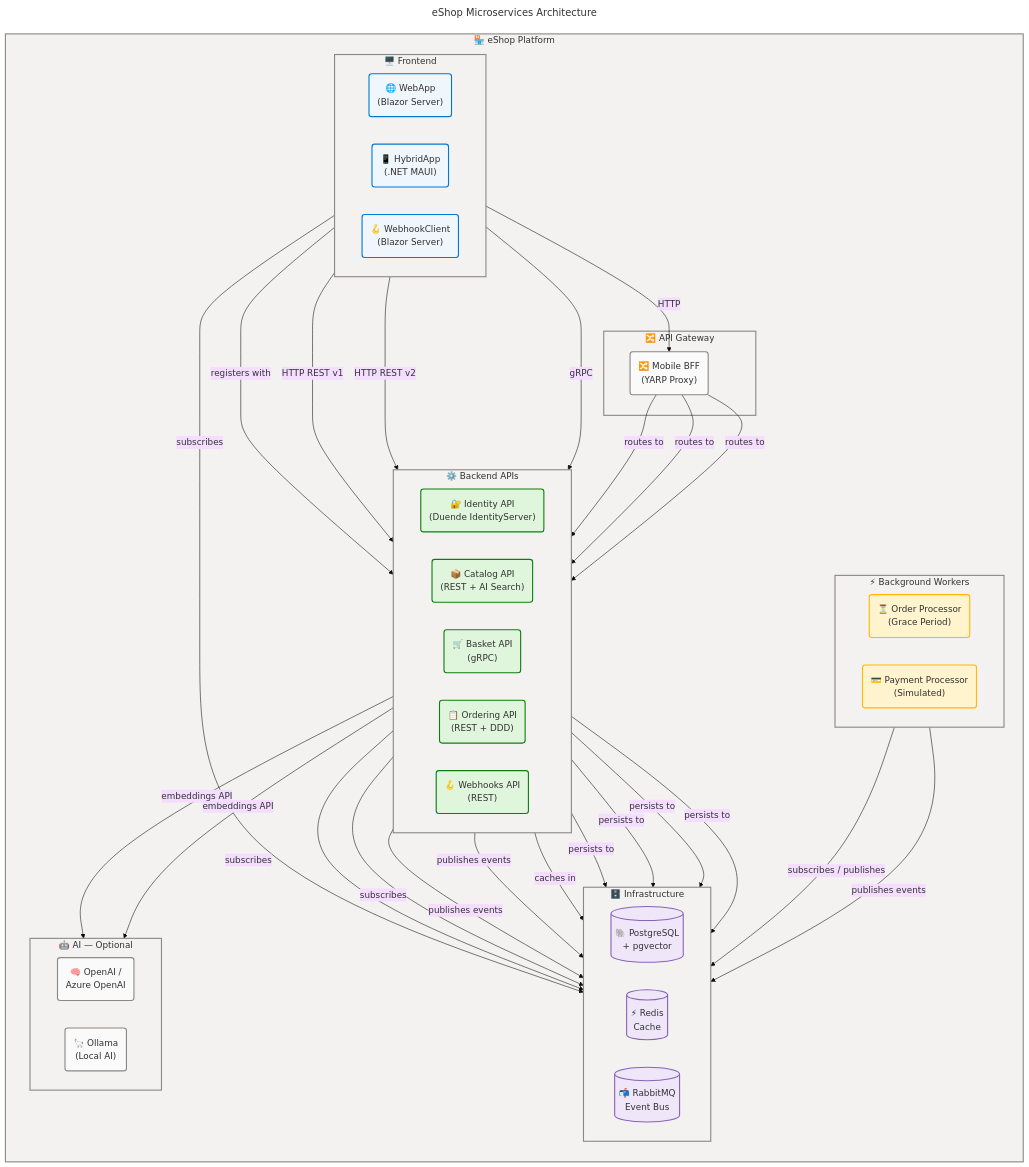
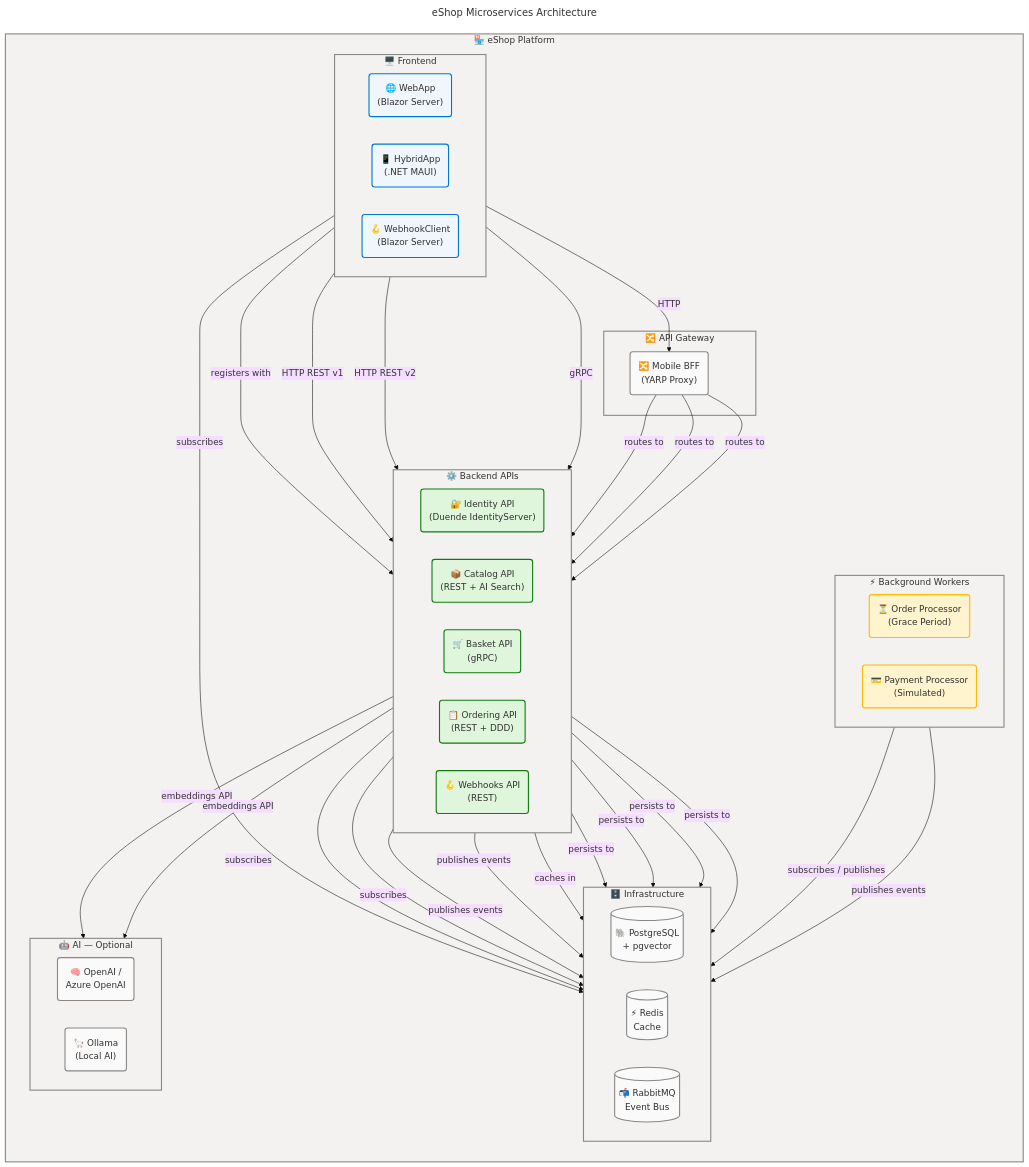
The diagram in README.md (Evilazaro/eShop), drawn with Mermaid before and after one commit.

Commit message:
refactor: update flowchart class definitions for improved clarity and consistency

````diff
--- a/README.md
+++ b/README.md
@@ -94,9 +94,9 @@
 
         subgraph infra["🗄️ Infrastructure"]
             direction LR
-            postgres[("🐘 PostgreSQL<br/>+ pgvector")]:::data
-            redis[("⚡ Redis<br/>Cache")]:::data
-            rabbitmq[("📬 RabbitMQ<br/>Event Bus")]:::data
+            postgres[("🐘 PostgreSQL<br/>+ pgvector")]:::neutral
+            redis[("⚡ Redis<br/>Cache")]:::neutral
+            rabbitmq[("📬 RabbitMQ<br/>Event Bus")]:::neutral
         end
 
         subgraph ai["🤖 AI — Optional"]
@@ -144,6 +144,4 @@
     classDef core fill:#EFF6FC,stroke:#0078D4,stroke-width:2px,color:#323130
     classDef success fill:#DFF6DD,stroke:#107C10,stroke-width:2px,color:#323130
     classDef warning fill:#FFF4CE,stroke:#FFB900,stroke-width:2px,color:#323130
-    classDef danger fill:#FDE7E9,stroke:#D13438,stroke-width:2px,color:#323130
-    classDef data fill:#F0E6FA,stroke:#8764B8,stroke-width:2px,color:#323130
 ```
````
